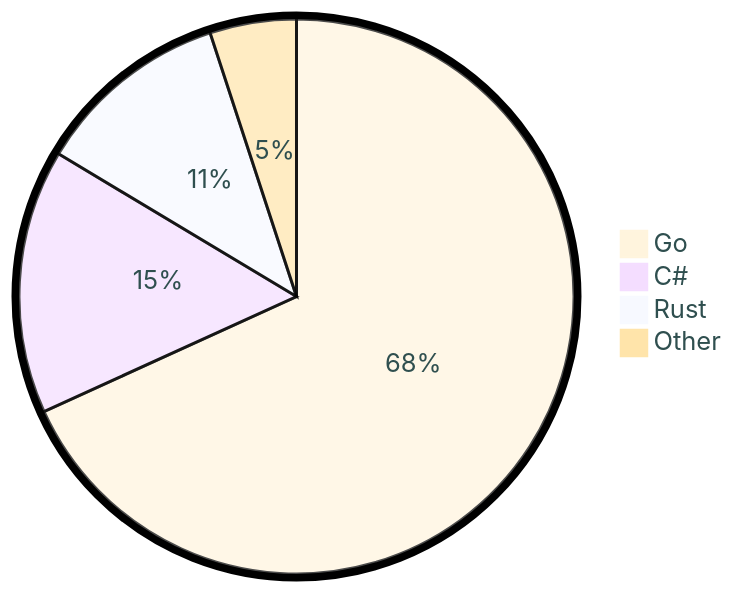
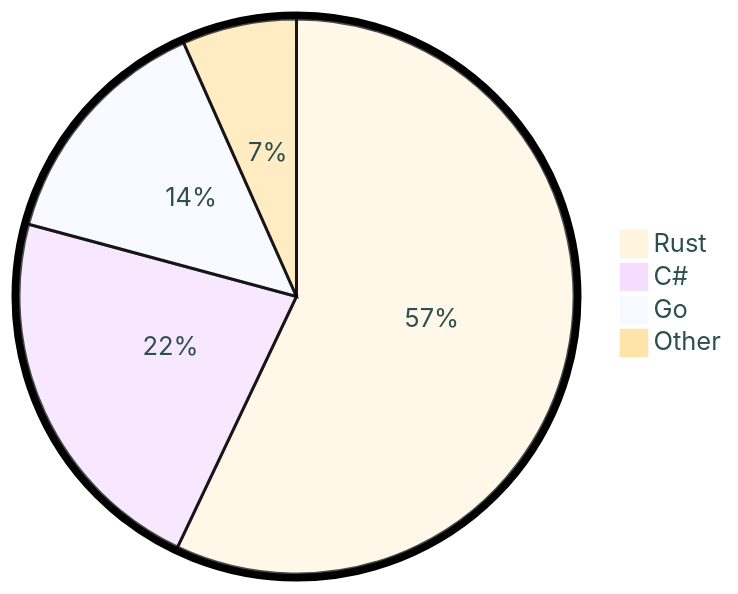
The diagram in README.md (tot0p/tot0p), drawn with Mermaid before and after one commit. The commit also changed other lines of this file, not shown here.

````diff
--- a/README.md
+++ b/README.md
@@ -80,8 +79,8 @@
 ```mermaid
 %%{init: {"pie": {"textPosition": 0.5}, "themeVariables": {"pieOuterStrokeWidth": "5px","primaryTextColor" : "#2F4F4F"},"theme":"base"} }%%
 pie
-	"Go": 68.2
-	"C#": 15.41
-	"Rust": 11.36
-	"Other": 5.039999999999999
+	"Rust": 57.04
+	"C#": 22.14
+	"Go": 14.14
+	"Other": 6.659999999999999
 ```
````
